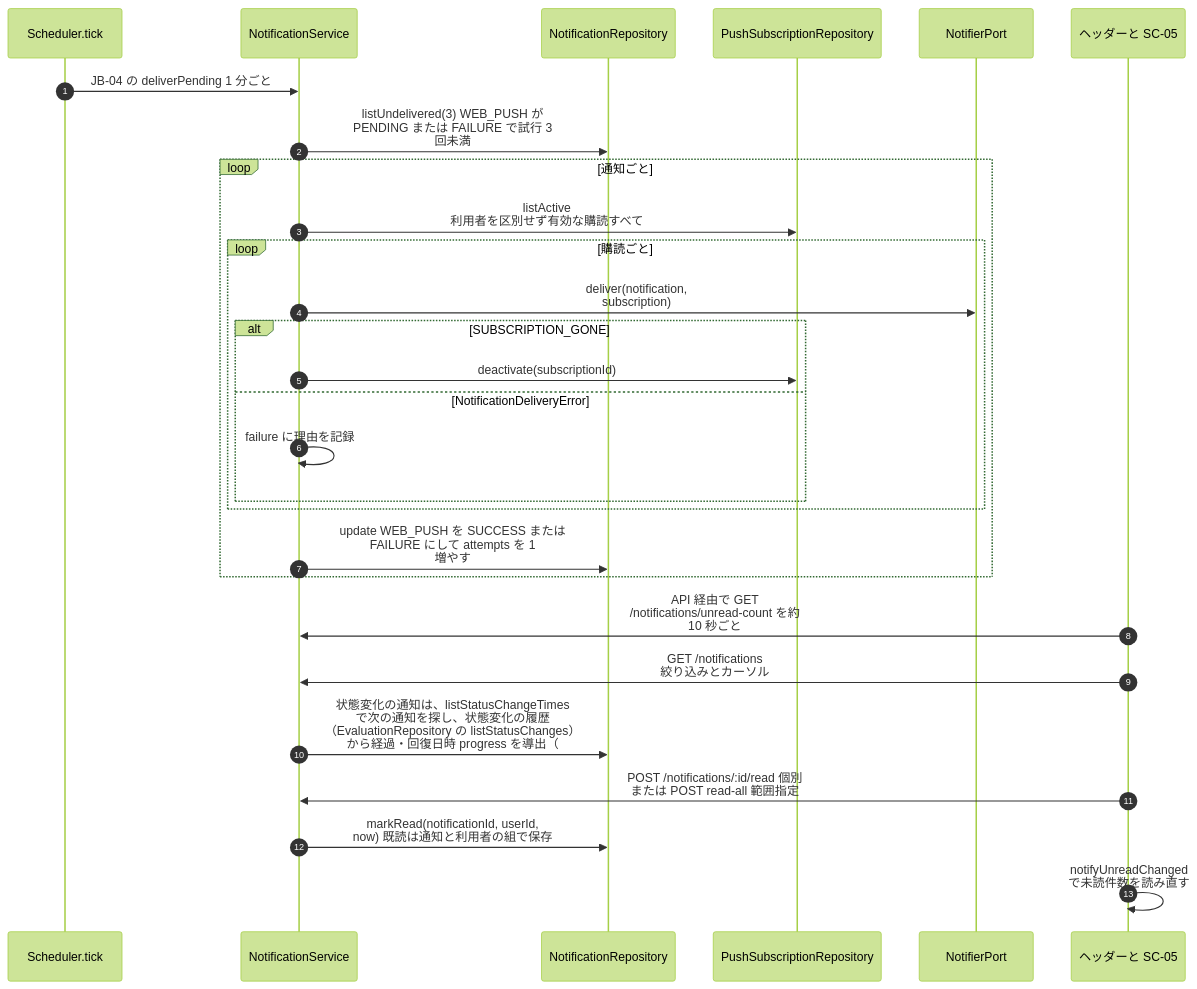
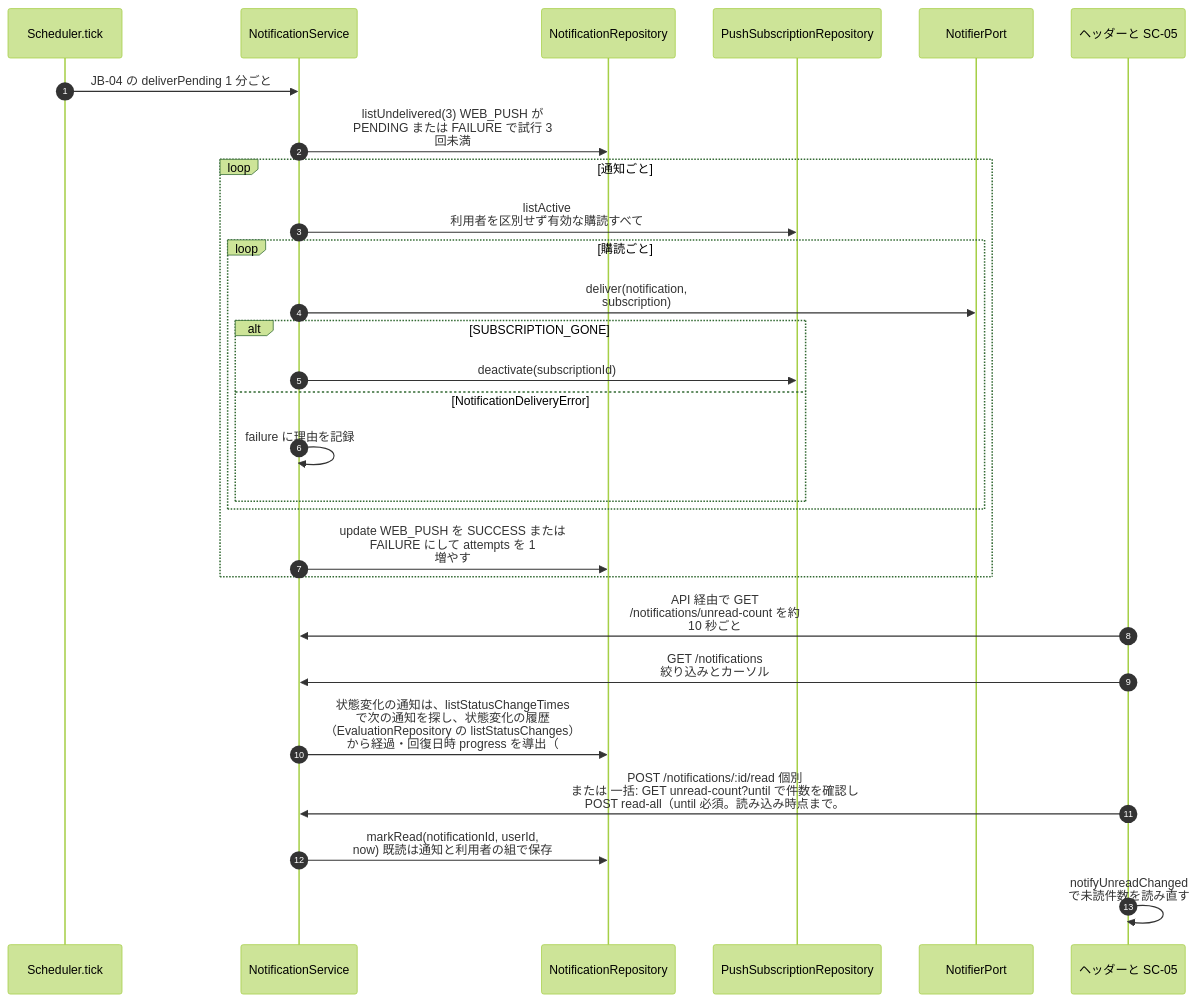
Diagram 24 of 46 in docs/10_design/architecture/as-built.md (NS-APU/smart-farm-monitoring), drawn with Mermaid (forest theme) before and after one commit. The commit also changed 26 other files, not shown here.

````diff
--- a/docs/10_design/architecture/as-built.md
+++ b/docs/10_design/architecture/as-built.md
@@ -1638,32 +1638,32 @@
 ```mermaid
 sequenceDiagram
   autonumber
   participant SCH as Scheduler.tick
   participant NS as NotificationService
   participant NR as NotificationRepository
   participant PR as PushSubscriptionRepository
   participant WP as NotifierPort
   participant UI as ヘッダーと SC-05
 
   SCH->>NS: JB-04 の deliverPending 1 分ごと
   NS->>NR: listUndelivered(3) WEB_PUSH が<br>PENDING または FAILURE で試行 3<br>回未満
   loop 通知ごと
     NS->>PR: listActive<br>利用者を区別せず有効な購読すべて
     loop 購読ごと
       NS->>WP: deliver(notification,<br>subscription)
       alt SUBSCRIPTION_GONE
         NS->>PR: deactivate(subscriptionId)
       else NotificationDeliveryError
         NS->>NS: failure に理由を記録
       end
     end
     NS->>NR: update WEB_PUSH を SUCCESS または<br>FAILURE にして attempts を 1<br>増やす
   end
 
   UI->>NS: API 経由で GET<br>/notifications/unread-count を約<br>10 秒ごと
   UI->>NS: GET /notifications<br>絞り込みとカーソル
   NS->>NR: 状態変化の通知は、listStatusChangeTimes<br>で次の通知を探し、状態変化の履歴<br>（EvaluationRepository の listStatusChanges）<br>から経過・回復日時 progress を導出（#238）
-  UI->>NS: POST /notifications/:id/read 個別<br>または POST read-all 範囲指定
+  UI->>NS: POST /notifications/:id/read 個別<br>または 一括: GET unread-count?until で件数を確認し<br>POST read-all（until 必須。読み込み時点まで。#240）
   NS->>NR: markRead(notificationId, userId,<br>now) 既読は通知と利用者の組で保存
   UI->>UI: notifyUnreadChanged<br>で未読件数を読み直す
 ```
````
